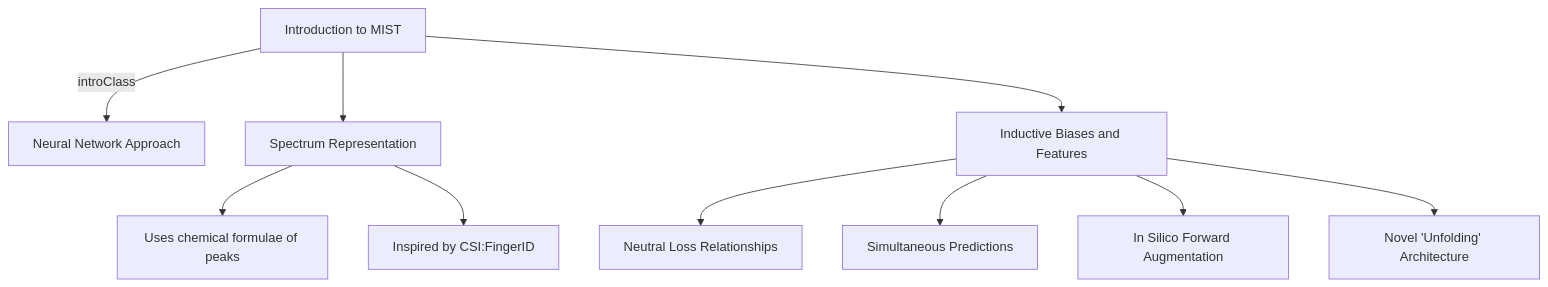
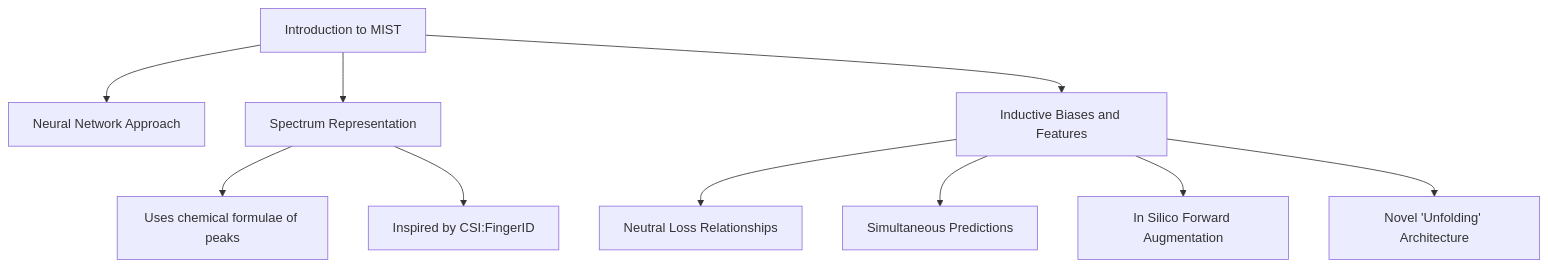
The diagram in papers/Metabolite_MS_Transformer/annotating-metabolite-mass-spectra-with-domain-inspired-chemical-formula-transformers.md (lamalab-org/toolminutes), drawn with Mermaid before and after one commit.

Commit message:
flowchart

````diff
--- a/papers/Metabolite_MS_Transformer/annotating-metabolite-mass-spectra-with-domain-inspired-chemical-formula-transformers.md
+++ b/papers/Metabolite_MS_Transformer/annotating-metabolite-mass-spectra-with-domain-inspired-chemical-formula-transformers.md
@@ -6,15 +6,15 @@
 ```mermaid
 graph TD;
     classDef introClass fill:#f9f,stroke:#333,stroke-width:2px;
 
-    Introduction_MIST["Introduction to MIST"] -->|introClass| Neural_Network_Approach["Neural Network Approach"];
+    Introduction_MIST["Introduction to MIST"] --> Neural_Network_Approach["Neural Network Approach"];
     Introduction_MIST --> Spectrum_Representation["Spectrum Representation"];
     Introduction_MIST --> Inductive_Biases_and_Features["Inductive Biases and Features"];
     Inductive_Biases_and_Features --> Neutral_Loss_Relationships["Neutral Loss Relationships"];
     Inductive_Biases_and_Features --> Simultaneous_Predictions["Simultaneous Predictions"];
     Inductive_Biases_and_Features --> In_Silico_Forward_Augmentation["In Silico Forward Augmentation"];
     Inductive_Biases_and_Features --> Novel_Unfolding_Architecture["Novel 'Unfolding' Architecture"];
     Spectrum_Representation --> Chemical_Formulae_of_Peaks["Uses chemical formulae of peaks"];
     Spectrum_Representation --> Inspired_by_CSI_FingerID["Inspired by CSI:FingerID"];
 
 ```
````
